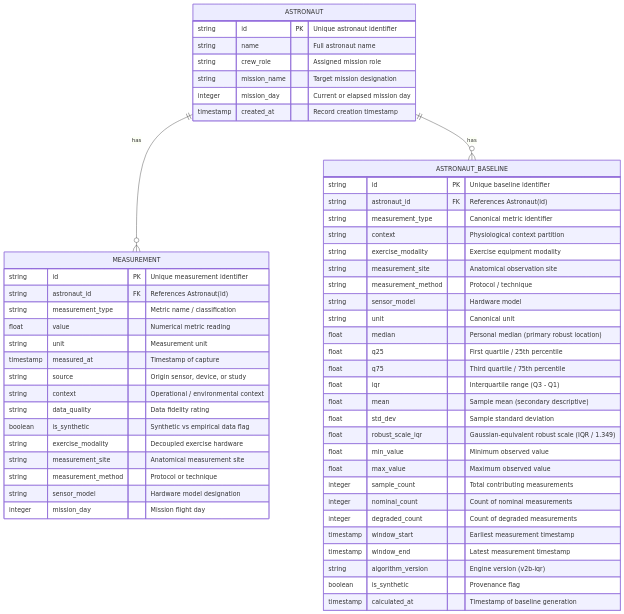
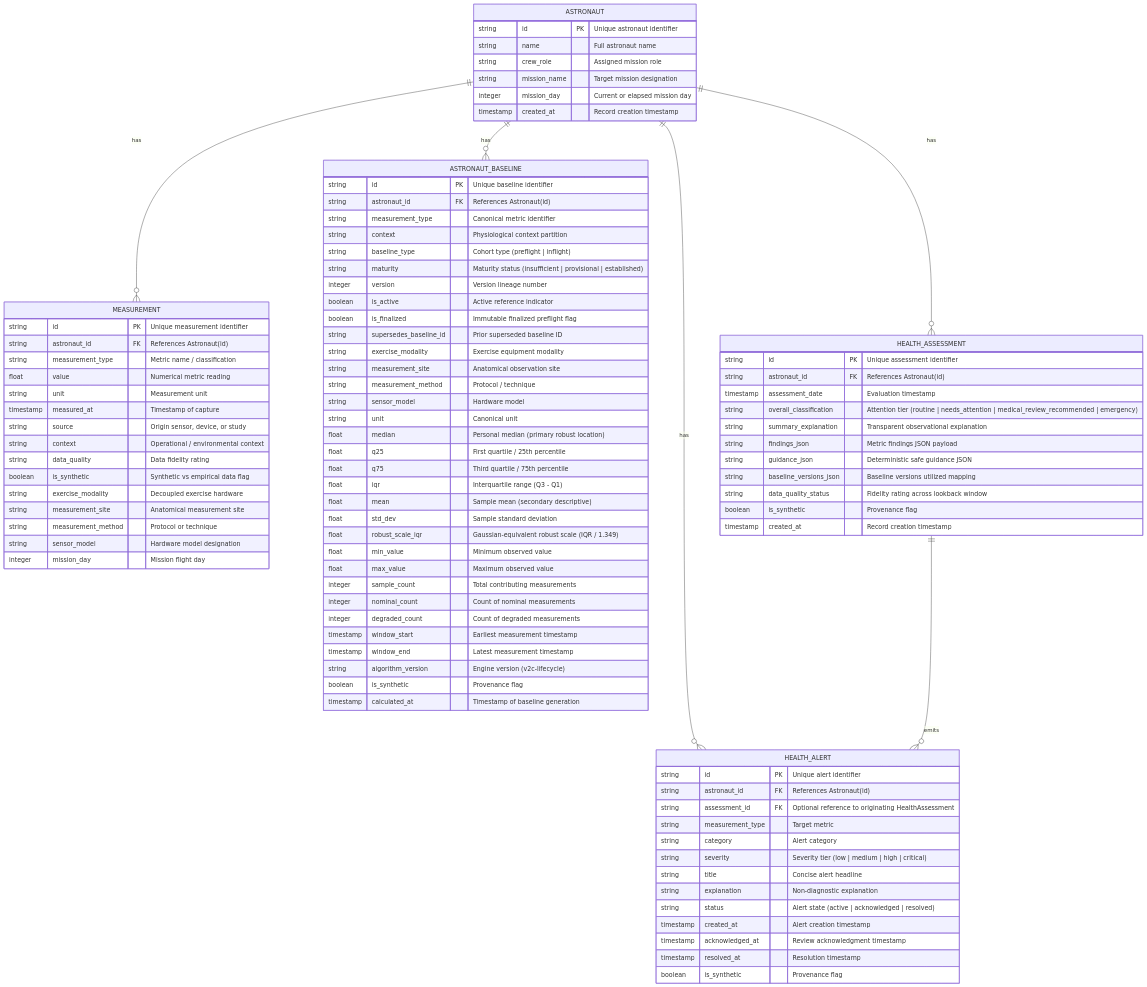
One commit to midhunsiby7/nasa-space-apps-2026 changed the diagram in docs/architecture/DATABASE_SCHEMA.md. Above: the diagram before and after it, drawn with Mermaid. The commit also changed other lines of this file and 26 other files, not shown here.

Commit message:
feat(backend): implement baseline lifecycle, trend intelligence, and explainable assessments

````diff
--- a/docs/architecture/DATABASE_SCHEMA.md
+++ b/docs/architecture/DATABASE_SCHEMA.md
@@ -15,6 +15,9 @@
 erDiagram
     ASTRONAUT ||--o{ MEASUREMENT : "has"
     ASTRONAUT ||--o{ ASTRONAUT_BASELINE : "has"
+    ASTRONAUT ||--o{ HEALTH_ASSESSMENT : "has"
+    ASTRONAUT ||--o{ HEALTH_ALERT : "has"
+    HEALTH_ASSESSMENT ||--o{ HEALTH_ALERT : "emits"
 
     ASTRONAUT {
         string id PK "Unique astronaut identifier"
@@ -48,6 +51,12 @@
         string astronaut_id FK "References Astronaut(id)"
         string measurement_type "Canonical metric identifier"
         string context "Physiological context partition"
+        string baseline_type "Cohort type (preflight | inflight)"
+        string maturity "Maturity status (insufficient | provisional | established)"
+        integer version "Version lineage number"
+        boolean is_active "Active reference indicator"
+        boolean is_finalized "Immutable finalized preflight flag"
+        string supersedes_baseline_id "Prior superseded baseline ID"
         string exercise_modality "Exercise equipment modality"
         string measurement_site "Anatomical observation site"
         string measurement_method "Protocol / technique"
@@ -67,8 +76,38 @@
         integer degraded_count "Count of degraded measurements"
         timestamp window_start "Earliest measurement timestamp"
         timestamp window_end "Latest measurement timestamp"
-        string algorithm_version "Engine version (v2b-iqr)"
+        string algorithm_version "Engine version (v2c-lifecycle)"
         boolean is_synthetic "Provenance flag"
         timestamp calculated_at "Timestamp of baseline generation"
     }
+
+    HEALTH_ASSESSMENT {
+        string id PK "Unique assessment identifier"
+        string astronaut_id FK "References Astronaut(id)"
+        timestamp assessment_date "Evaluation timestamp"
+        string overall_classification "Attention tier (routine | needs_attention | medical_review_recommended | emergency)"
+        string summary_explanation "Transparent observational explanation"
+        string findings_json "Metric findings JSON payload"
+        string guidance_json "Deterministic safe guidance JSON"
+        string baseline_versions_json "Baseline versions utilized mapping"
+        string data_quality_status "Fidelity rating across lookback window"
+        boolean is_synthetic "Provenance flag"
+        timestamp created_at "Record creation timestamp"
+    }
+
+    HEALTH_ALERT {
+        string id PK "Unique alert identifier"
+        string astronaut_id FK "References Astronaut(id)"
+        string assessment_id FK "Optional reference to originating HealthAssessment"
+        string measurement_type "Target metric"
+        string category "Alert category"
+        string severity "Severity tier (low | medium | high | critical)"
+        string title "Concise alert headline"
+        string explanation "Non-diagnostic explanation"
+        string status "Alert state (active | acknowledged | resolved)"
+        timestamp created_at "Alert creation timestamp"
+        timestamp acknowledged_at "Review acknowledgment timestamp"
+        timestamp resolved_at "Resolution timestamp"
+        boolean is_synthetic "Provenance flag"
+    }
 ```
````
